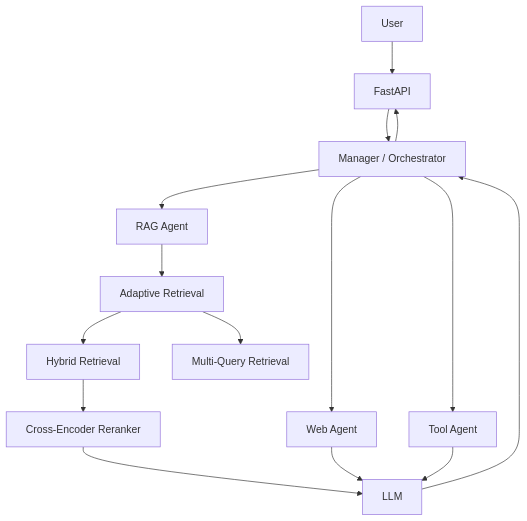
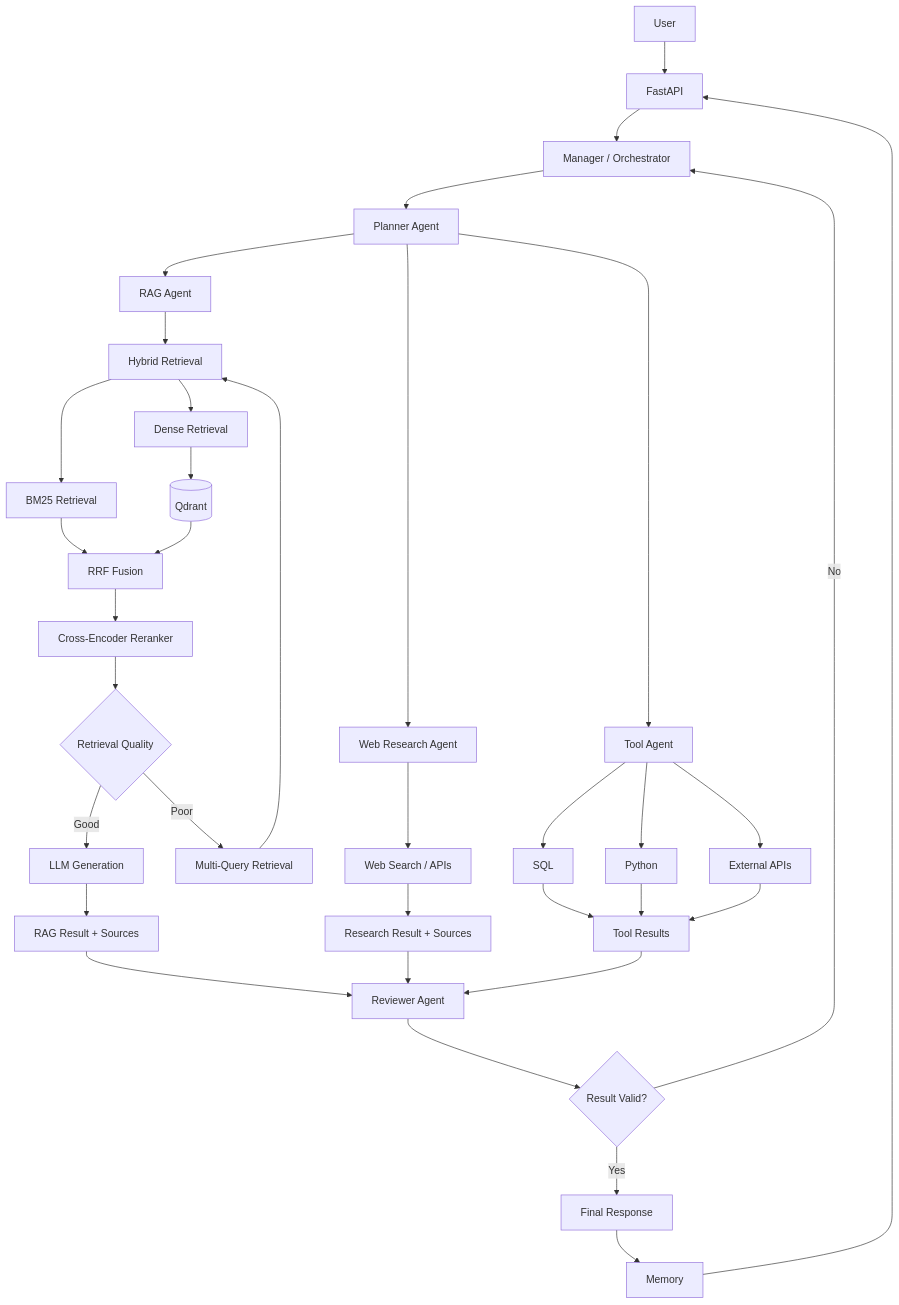
The diagram in agentic-adaptive-rag/README.md (varshithreddy39/Buildlog), drawn with Mermaid before and after one commit. The commit also changed other lines of this file and 13 other files, not shown here.

Commit message:
Restructure project: new README, agents, graph, tools scaffold

````diff
--- a/agentic-adaptive-rag/README.md
+++ b/agentic-adaptive-rag/README.md
@@ -21,21 +30,63 @@
 ```mermaid
 flowchart TD
-    User --> API[FastAPI]
-    API --> Manager[Manager / Orchestrator]
 
-    Manager --> RAG[RAG Agent]
-    Manager --> Web[Web Agent]
-    Manager --> Tools[Tool Agent]
+    User[User]
+    API[FastAPI]
+    Manager[Manager / Orchestrator]
+    Planner[Planner Agent]
 
-    RAG --> Retrieval[Adaptive Retrieval]
-    Retrieval --> Hybrid[Hybrid Retrieval]
-    Retrieval --> MQR[Multi-Query Retrieval]
-    Hybrid --> Reranker[Cross-Encoder Reranker]
+    User --> API
+    API --> Manager
+    Manager --> Planner
 
-    Reranker --> LLM[LLM]
-    Web --> LLM
-    Tools --> LLM
+    Planner --> RAG[RAG Agent]
+    Planner --> Web[Web Research Agent]
+    Planner --> Tools[Tool Agent]
 
-    LLM --> Manager
-    Manager --> API
+    %% RAG Agent
+    RAG --> Hybrid[Hybrid Retrieval]
+
+    Hybrid --> Dense[Dense Retrieval]
+    Hybrid --> BM25[BM25 Retrieval]
+
+    Dense --> Qdrant[(Qdrant)]
+    BM25 --> RRF[RRF Fusion]
+    Qdrant --> RRF
+
+    RRF --> Reranker[Cross-Encoder Reranker]
+
+    Reranker --> Quality{Retrieval Quality}
+
+    Quality -->|Good| Generator[LLM Generation]
+    Quality -->|Poor| MQR[Multi-Query Retrieval]
+
+    MQR --> Hybrid
+
+    Generator --> RAGResult[RAG Result + Sources]
+
+    %% Web Agent
+    Web --> Search[Web Search / APIs]
+    Search --> WebResult[Research Result + Sources]
+
+    %% Tool Agent
+    Tools --> SQL[SQL]
+    Tools --> Python[Python]
+    Tools --> APIs[External APIs]
+
+    SQL --> ToolResult[Tool Results]
+    Python --> ToolResult
+    APIs --> ToolResult
+
+    %% Results
+    RAGResult --> Reviewer[Reviewer Agent]
+    WebResult --> Reviewer
+    ToolResult --> Reviewer
+
+    Reviewer --> Decision{Result Valid?}
+
+    Decision -->|Yes| Final[Final Response]
+    Decision -->|No| Manager
+
+    Final --> Memory[Memory]
+    Memory --> API
 ```
````
